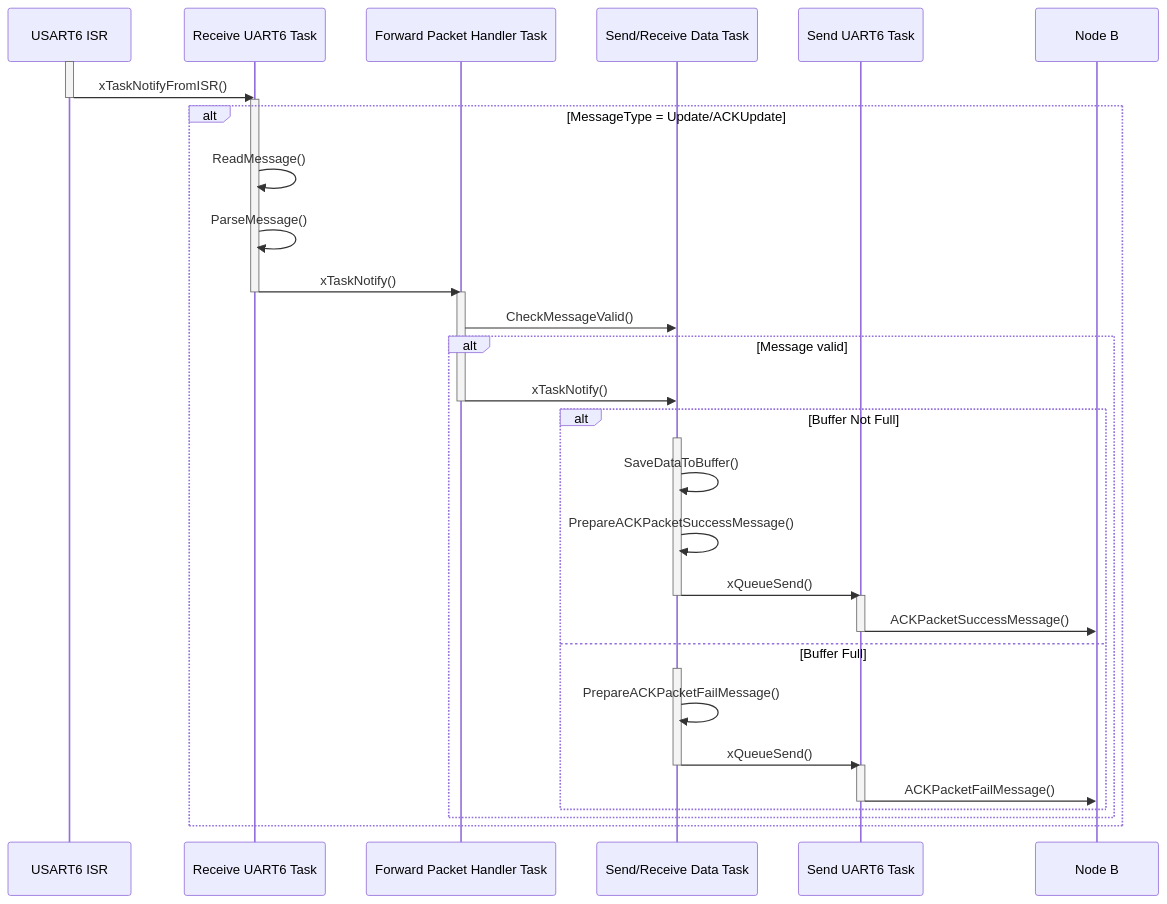
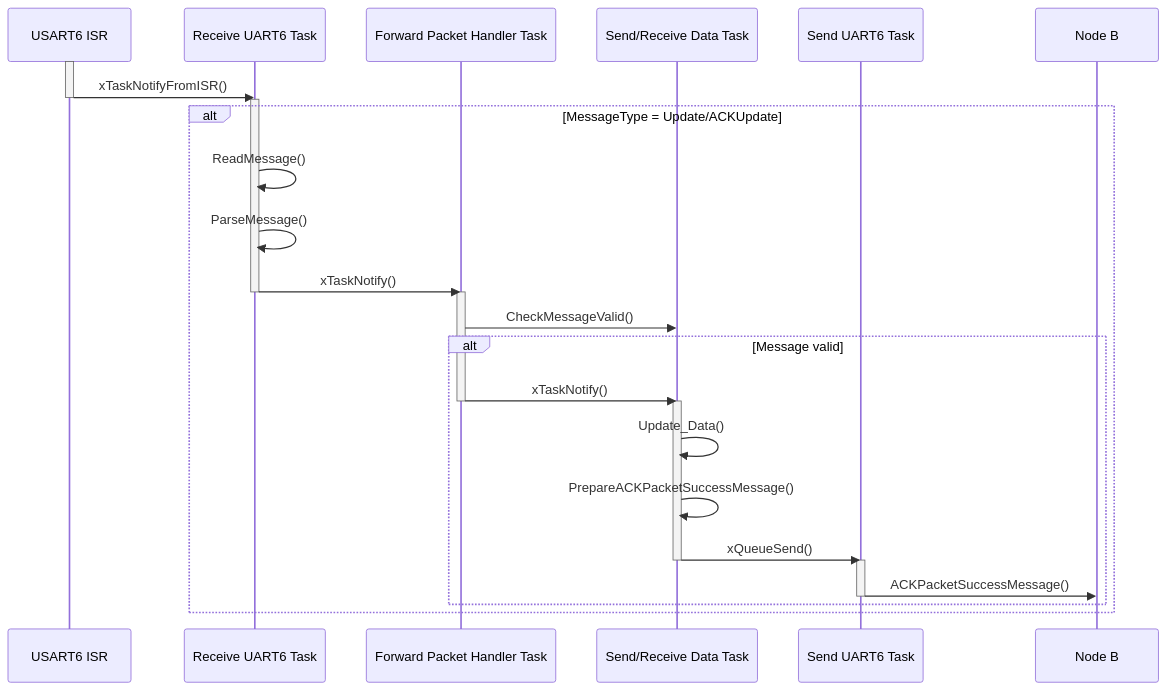
Before and after one commit to NguyenHoangTrieu/PROJECT01: the first of 4 diagrams in ReadMe/task_update_and_send_or_rec.md, drawn with Mermaid. The commit also changed other lines of this file and 3 other files, not shown here.

````diff
--- a/ReadMe/task_update_and_send_or_rec.md
+++ b/ReadMe/task_update_and_send_or_rec.md
@@ -104,43 +3,32 @@
 ```mermaid
 sequenceDiagram
     participant ISR as USART6 ISR
     participant Receive as Receive UART6 Task
     participant Forward as Forward Packet Handler Task
     participant Data as Send/Receive Data Task
     participant Send as Send UART6 Task
     activate ISR
     ISR ->>Receive: xTaskNotifyFromISR()
     deactivate ISR
     activate Receive
     alt MessageType = Update/ACKUpdate
         Receive ->> Receive: ReadMessage()
         Receive ->> Receive: ParseMessage()
         Receive ->> Forward: xTaskNotify()
         deactivate Receive
         activate Forward
         Forward ->> Data: CheckMessageValid()
         alt Message valid
             Forward ->> Data: xTaskNotify()
             deactivate Forward
-            alt Buffer Not Full
-                activate Data
-                Data ->> Data: SaveDataToBuffer()
-                Data ->> Data: PrepareACKPacketSuccessMessage()
-                Data ->> Send: xQueueSend()
-                deactivate Data
-                activate Send
-                Send ->> Node B: ACKPacketSuccessMessage()
-                deactivate Send
-            else Buffer Full
-                activate Data
-                Data ->> Data: PrepareACKPacketFailMessage()
-                Data ->> Send: xQueueSend()
-                deactivate Data
-                activate Send
-                Send ->> Node B: ACKPacketFailMessage()
-                deactivate Send
-            end
+            activate Data
+            Data ->> Data: Update_Data()
+            Data ->> Data: PrepareACKPacketSuccessMessage()
+            Data ->> Send: xQueueSend()
+            deactivate Data
+            activate Send
+            Send ->> Node B: ACKPacketSuccessMessage()
+            deactivate Send
         end
-
     end
 ```
````
